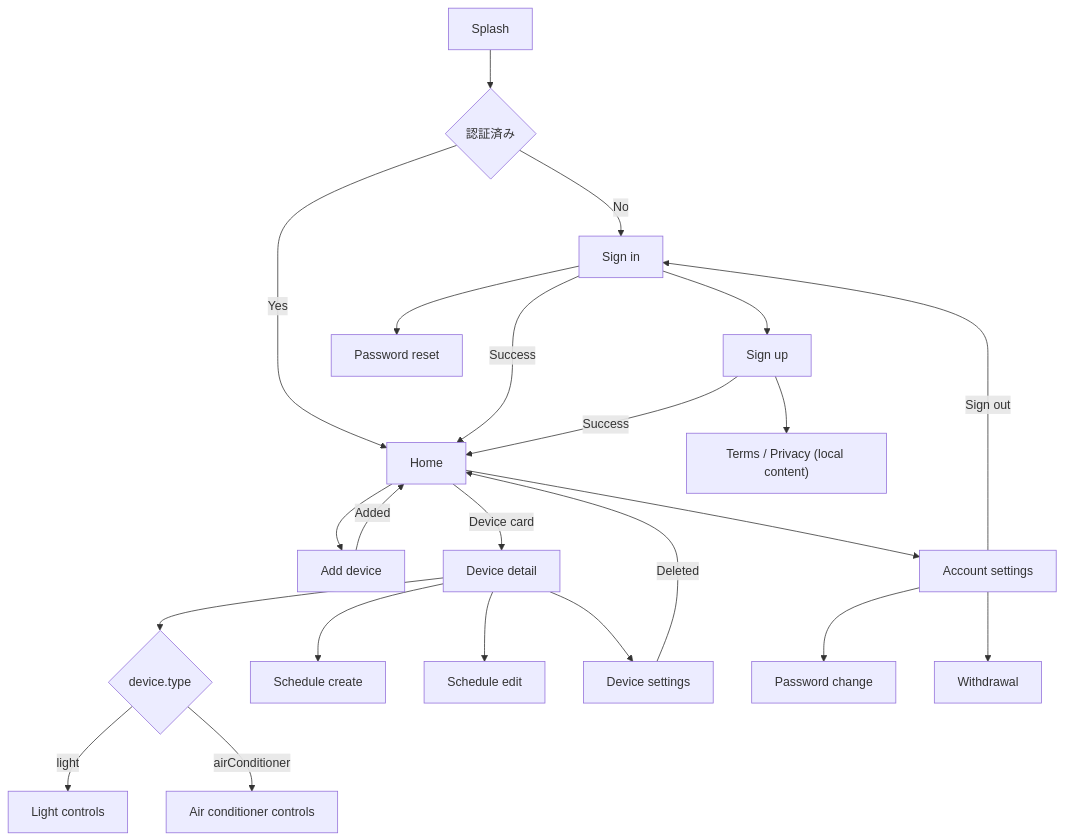
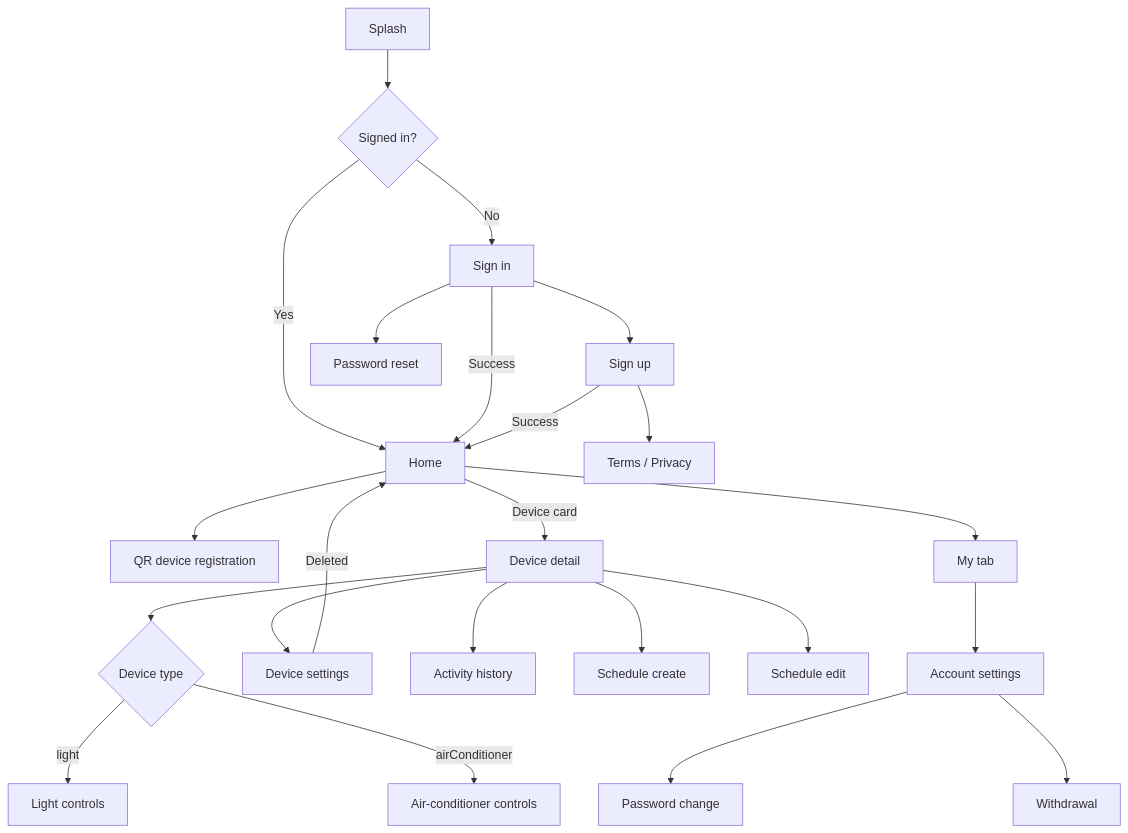
The diagram in docs/minihome-product-spec.md (Yunnashi/mini_home_mobile), drawn with Mermaid before and after one commit. The commit also changed other lines of this file and 6 other files, not shown here.

````diff
--- a/docs/minihome-product-spec.md
+++ b/docs/minihome-product-spec.md
@@ -199,25 +135,25 @@
 ```mermaid
 flowchart TD
-    Splash["Splash"] --> AuthCheck{"認証済み"}
+    Splash["Splash"] --> AuthCheck{"Signed in?"}
     AuthCheck -->|No| SignIn["Sign in"]
     AuthCheck -->|Yes| Home["Home"]
     SignIn --> SignUp["Sign up"]
     SignIn --> PasswordReset["Password reset"]
     SignIn -->|Success| Home
-    SignUp --> WebView["Terms / Privacy (local content)"]
+    SignUp --> WebView["Terms / Privacy"]
     SignUp -->|Success| Home
-    Home --> AddDevice["Add device"]
-    AddDevice -->|Added| Home
+    Home --> Registration["QR device registration"]
     Home -->|Device card| DeviceDetail["Device detail"]
-    DeviceDetail --> Type{"device.type"}
+    DeviceDetail --> Type{"Device type"}
     Type -->|light| LightPanel["Light controls"]
-    Type -->|airConditioner| AirPanel["Air conditioner controls"]
+    Type -->|airConditioner| AcPanel["Air-conditioner controls"]
+    DeviceDetail --> DeviceSettings["Device settings"]
+    DeviceDetail --> ActivityHistory["Activity history"]
     DeviceDetail --> ScheduleCreate["Schedule create"]
     DeviceDetail --> ScheduleEdit["Schedule edit"]
-    DeviceDetail --> DeviceSettings["Device settings"]
     DeviceSettings -->|Deleted| Home
-    Home --> AccountSettings["Account settings"]
+    Home --> My["My tab"]
+    My --> AccountSettings["Account settings"]
     AccountSettings --> PasswordChange["Password change"]
     AccountSettings --> Withdrawal["Withdrawal"]
-    AccountSettings -->|Sign out| SignIn
 ```
````
